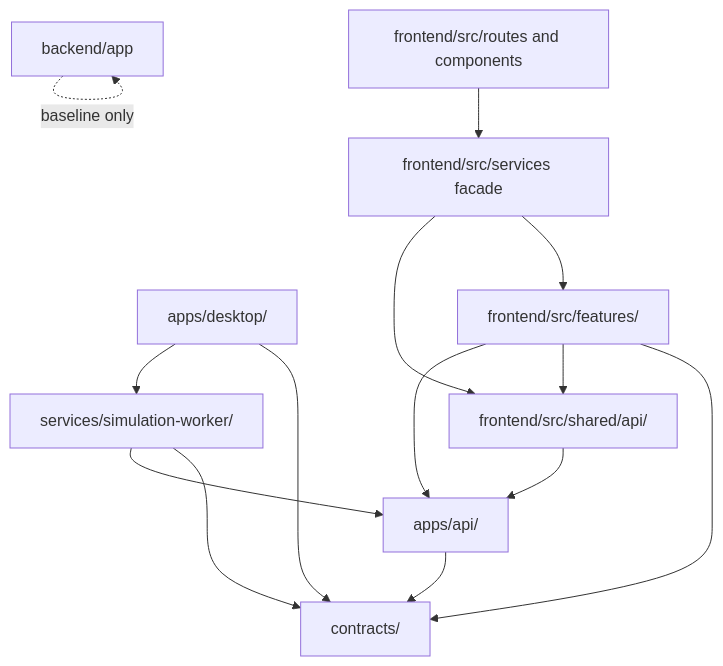
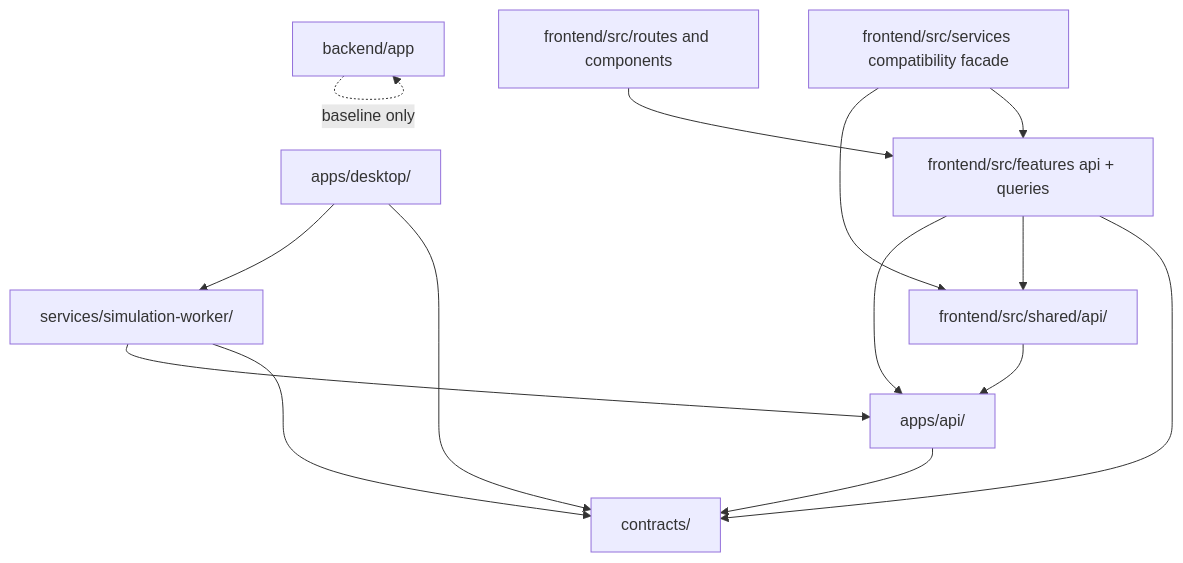
Before and after one commit to endearqb/AutoWaterSimu: the diagram in docs/architecture/dependency-graph.md, drawn with Mermaid. The commit also changed other lines of this file and 19 other files, not shown here.

Commit message:
Move frontend compute routes to feature queries

````diff
--- a/docs/architecture/dependency-graph.md
+++ b/docs/architecture/dependency-graph.md
@@ -7,26 +7,26 @@
 ```mermaid
 flowchart TD
   Contracts["contracts/"]
   API["apps/api/"]
   Worker["services/simulation-worker/"]
   WebShared["frontend/src/shared/api/"]
-  WebFeatures["frontend/src/features/"]
-  WebServices["frontend/src/services facade"]
+  WebFeatures["frontend/src/features api + queries"]
+  WebServices["frontend/src/services compatibility facade"]
   WebRoutes["frontend/src/routes and components"]
   Desktop["apps/desktop/"]
   LegacyBackend["backend/app"]
 
   API --> Contracts
   Worker --> Contracts
   Worker --> API
   WebShared --> API
   WebFeatures --> Contracts
   WebFeatures --> WebShared
   WebFeatures --> API
   WebServices --> WebFeatures
   WebServices --> WebShared
-  WebRoutes --> WebServices
+  WebRoutes --> WebFeatures
   Desktop --> Contracts
   Desktop --> Worker
   LegacyBackend -.baseline only.-> LegacyBackend
 ```
````
